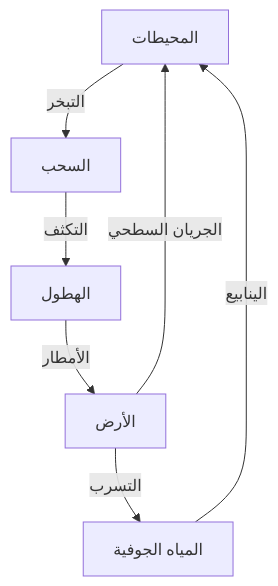
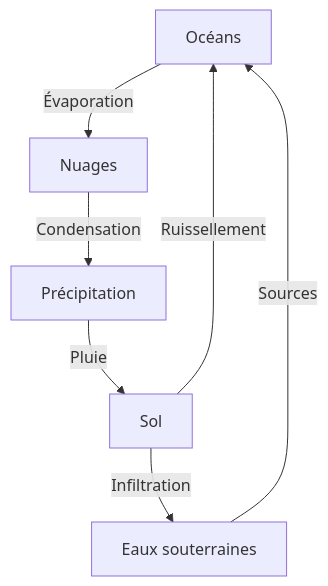
One commit to Neoyous/Neoyous changed the diagram in README.md. Above: the diagram before and after it, drawn with Mermaid. The commit also changed other lines of this file, not shown here.

````diff
--- a/README.md
+++ b/README.md
@@ -13,9 +1,9 @@
 ```mermaid
 graph TD
-    A[المحيطات] -->|التبخر| B[السحب]
-    B -->|التكثف| C[الهطول]
-    C -->|الأمطار| D[الأرض]
-    D -->|الجريان السطحي| A
-    D -->|التسرب| E[المياه الجوفية]
-    E -->|الينابيع| A
+    A[Océans] -->|Évaporation| B[Nuages]
+    B -->|Condensation| C[Précipitation]
+    C -->|Pluie| D[Sol]
+    D -->|Ruissellement| A
+    D -->|Infiltration| E[Eaux souterraines]
+    E -->|Sources| A
 ```
````
